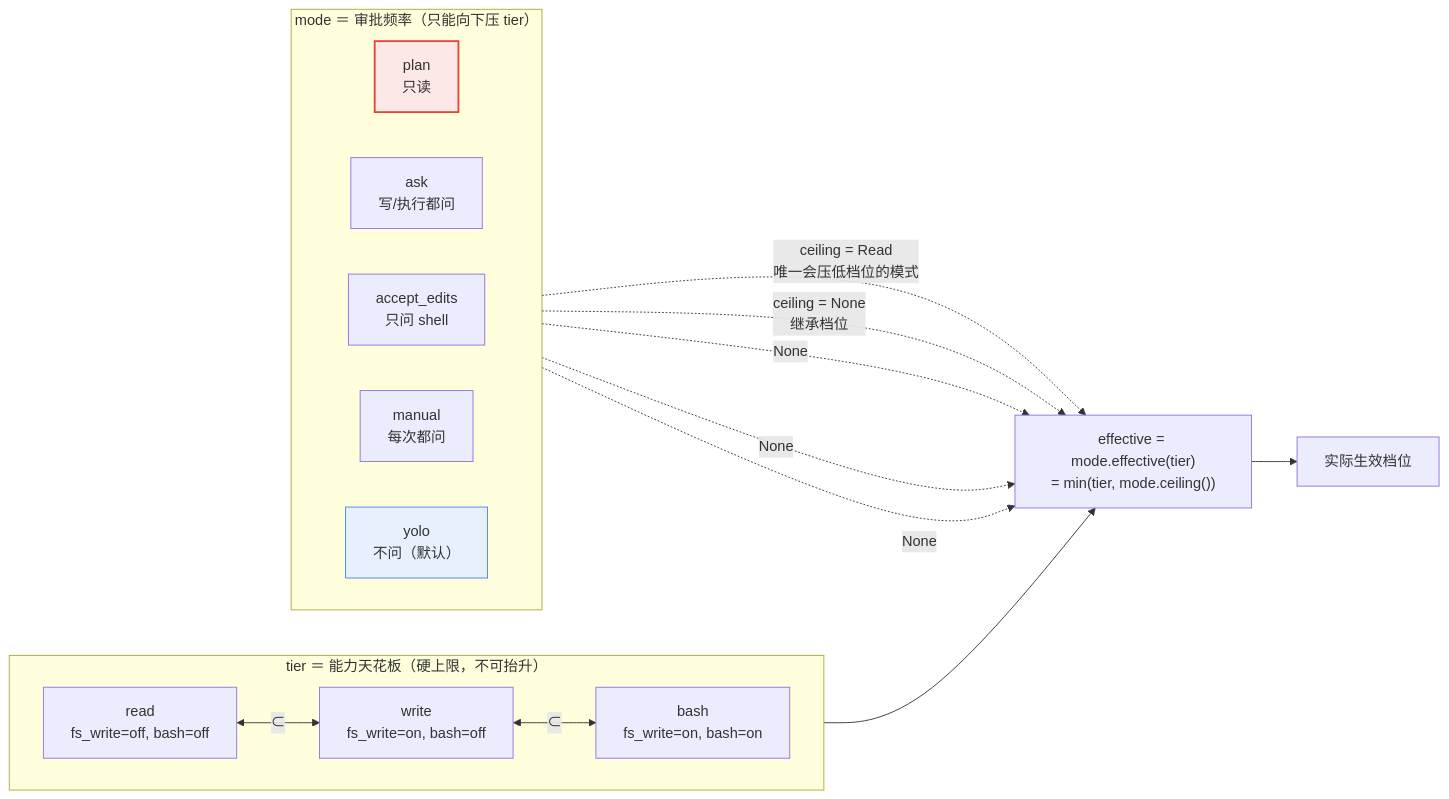
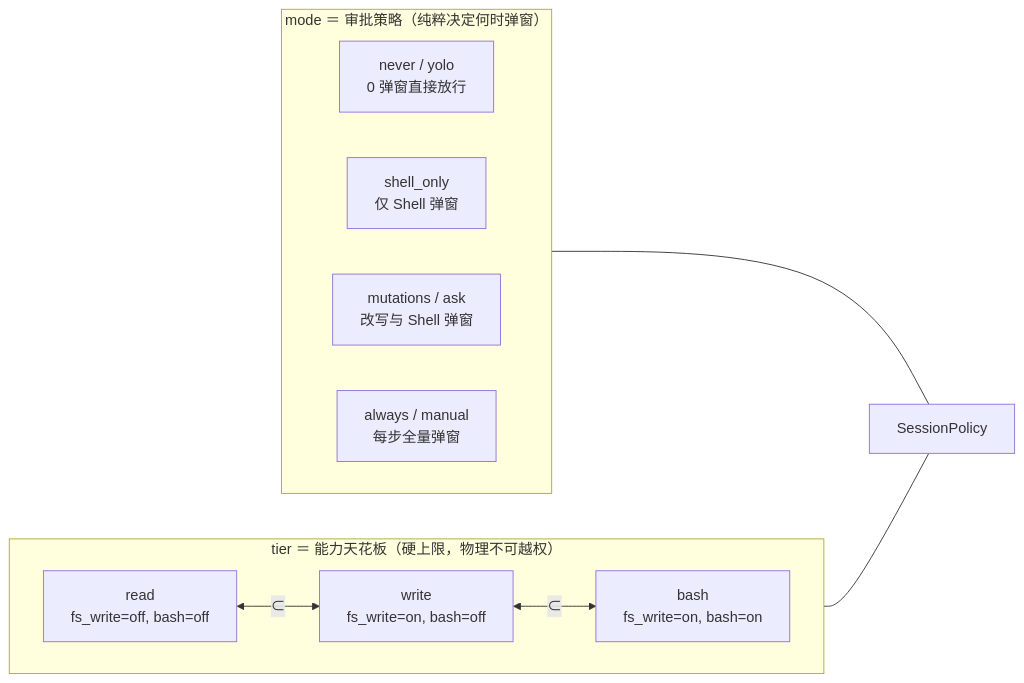
Before and after one commit to lucacicii/thunder: the second of 7 diagrams in docs/permission-structure.md, drawn with Mermaid. The commit also changed other lines of this file and 27 other files, not shown here.

First line of the commit message:
refactor(loop): split tier and approval mode into orthogonal axes

````diff
--- a/docs/permission-structure.md
+++ b/docs/permission-structure.md
@@ -91,31 +91,21 @@
 ```mermaid
 flowchart LR
-    subgraph T["tier ＝ 能力天花板（硬上限，不可抬升）"]
+    subgraph T["tier ＝ 能力天花板（硬上限，物理不可越权）"]
         direction LR
         T1["read<br/>fs_write=off, bash=off"]
         T2["write<br/>fs_write=on, bash=off"]
         T3["bash<br/>fs_write=on, bash=on"]
         T1 <-->|⊂| T2 <-->|⊂| T3
     end
 
-    subgraph M["mode ＝ 审批频率（只能向下压 tier）"]
+    subgraph M["mode ＝ 审批策略（纯粹决定何时弹窗）"]
         direction LR
-        M1["plan<br/>只读"]
-        M2["ask<br/>写/执行都问"]
-        M3["accept_edits<br/>只问 shell"]
-        M4["manual<br/>每次都问"]
-        M5["yolo<br/>不问（默认）"]
+        M1["never / yolo<br/>0 弹窗直接放行"]
+        M2["shell_only<br/>仅 Shell 弹窗"]
+        M3["mutations / ask<br/>改写与 Shell 弹窗"]
+        M4["always / manual<br/>每步全量弹窗"]
     end
 
-    T3 --> E["effective = mode.effective(tier)<br/>= min(tier, mode.ceiling())"]
-    M1 -.->|ceiling = Read<br/>唯一会压低档位的模式| E
-    M2 -.->|ceiling = None<br/>继承档位| E
-    M3 -.->|None| E
-    M4 -.->|None| E
-    M5 -.->|None| E
-
-    E --> R["实际生效档位"]
-
-    style M1 fill:#fce8e6,stroke:#ea4335,stroke-width:2px
-    style M5 fill:#e8f0fe,stroke:#4285f4
+    T3 --- P["SessionPolicy"]
+    M1 --- P
 ```
````
